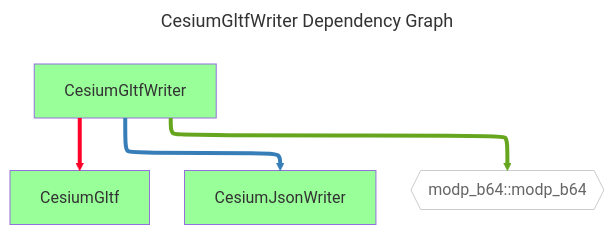
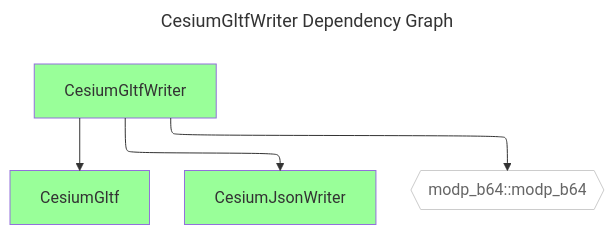
Before and after one commit to CesiumGS/cesium-native: the diagram in doc/diagrams/dependencies/CesiumGltfWriter.mmd, drawn with Mermaid. The commit also changed 19 other files, not shown here.

Commit message:
README formatting, no colors for target dependency graphs

```diff
--- a/doc/diagrams/dependencies/CesiumGltfWriter.mmd
+++ b/doc/diagrams/dependencies/CesiumGltfWriter.mmd
@@ -1,16 +1,13 @@
 ---
 config:
   layout: elk
 title: CesiumGltfWriter Dependency Graph
 ---
 graph TD
   classDef dependencyNode fill:#fff,stroke:#ccc,color:#666
   classDef libraryNode fill:#9f9
   CesiumGltfWriter[CesiumGltfWriter] --> CesiumGltf[CesiumGltf]
   CesiumGltfWriter[CesiumGltfWriter] --> CesiumJsonWriter[CesiumJsonWriter]
   CesiumGltfWriter[CesiumGltfWriter] --> modp_b64_modp_b64{{modp_b64::modp_b64}}
   class modp_b64_modp_b64 dependencyNode
   class CesiumGltf,CesiumJsonWriter,CesiumGltfWriter libraryNode
-  linkStyle 0 stroke:#ff0029,stroke-width:4px
-  linkStyle 1 stroke:#377eb8,stroke-width:4px
-  linkStyle 2 stroke:#66a61e,stroke-width:4px
```
